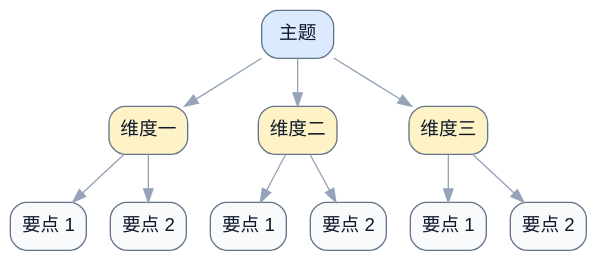
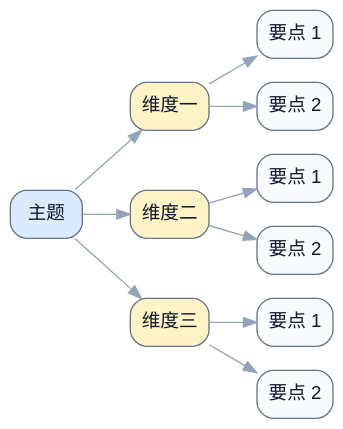
The fifth of 5 diagrams in skills/draw-dot/references/patterns.md (terencefan/inority-workspace), drawn with Graphviz before and after one commit. The commit also changed 14 other files, not shown here.

````diff
--- a/skills/draw-dot/references/patterns.md
+++ b/skills/draw-dot/references/patterns.md
@@ -126,29 +126,29 @@
 ```dot
 digraph G {
-  graph [rankdir=TB, bgcolor="transparent", fontname="sans-serif"];
+  graph [rankdir=LR, bgcolor="transparent", fontname="sans-serif"];
   node [fontname="sans-serif", shape=box, style="rounded,filled", color="#64748b", fontcolor="#0f172a", fillcolor="#f8fafc"];
   edge [fontname="sans-serif", color="#94a3b8", fontcolor="#94a3b8"];
 
   root [label="主题", fillcolor="#dbeafe"];
   area_1 [label="维度一", fillcolor="#fef3c7"];
   area_2 [label="维度二", fillcolor="#fef3c7"];
   area_3 [label="维度三", fillcolor="#fef3c7"];
 
   leaf_11 [label="要点 1", fillcolor="#f8fafc"];
   leaf_12 [label="要点 2", fillcolor="#f8fafc"];
   leaf_21 [label="要点 1", fillcolor="#f8fafc"];
   leaf_22 [label="要点 2", fillcolor="#f8fafc"];
   leaf_31 [label="要点 1", fillcolor="#f8fafc"];
   leaf_32 [label="要点 2", fillcolor="#f8fafc"];
 
   root -> area_1;
   root -> area_2;
   root -> area_3;
   area_1 -> leaf_11;
   area_1 -> leaf_12;
   area_2 -> leaf_21;
   area_2 -> leaf_22;
   area_3 -> leaf_31;
   area_3 -> leaf_32;
 }
 ```
````
